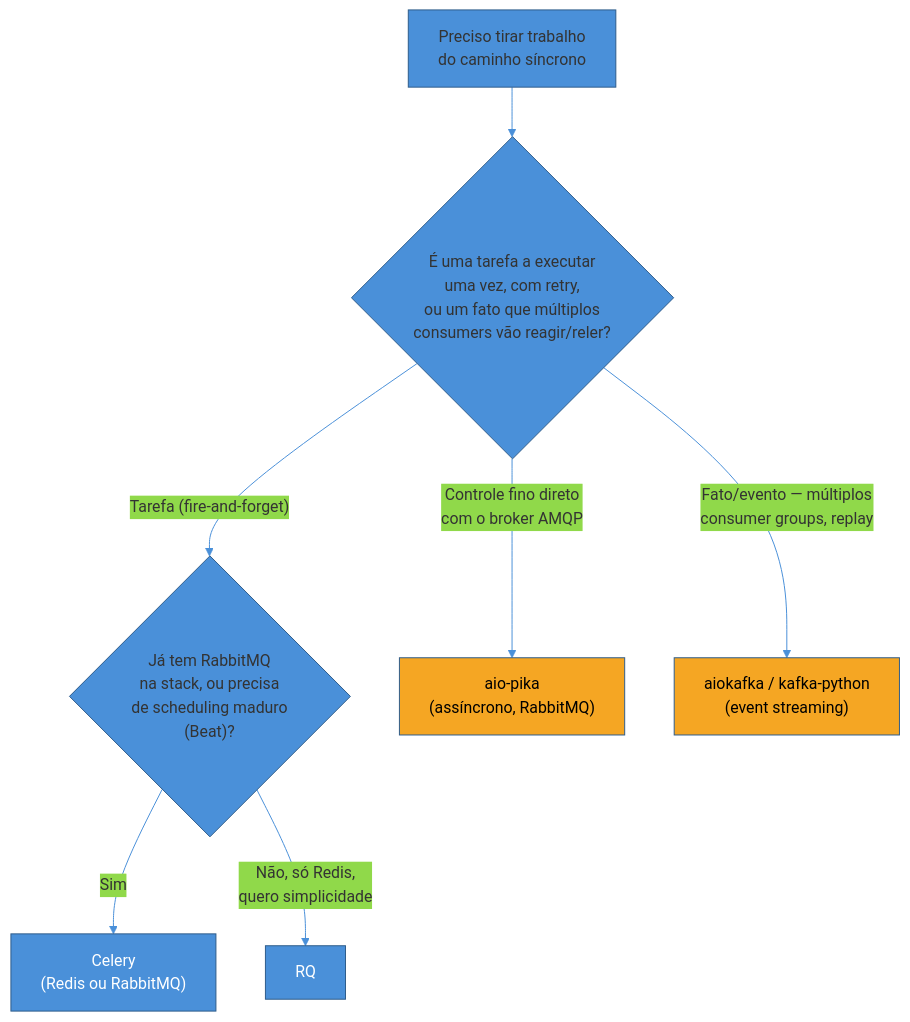
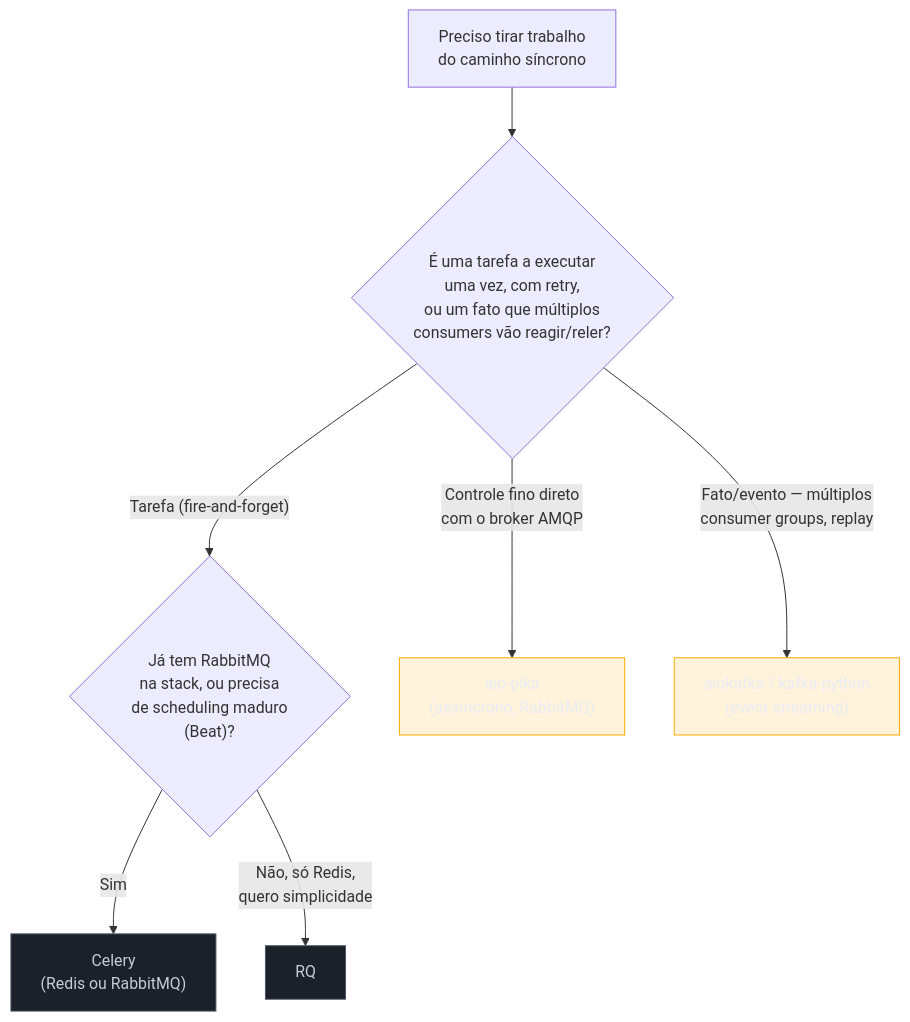
Before and after one commit to josenaldo/codex-technomanticus: the diagram in 03-Dominios/Tecnologia/Python/Mensageria/01 - Panorama — Celery vs RQ vs aio-pika vs aiokafka.md, drawn with Mermaid. The commit also changed 1181 other files, not shown here.

First line of the commit message:
fix(diagramas): paleta do sistema no lugar de cor cravada no markdown

````diff
--- a/03-Dominios/Tecnologia/Python/Mensageria/01 - Panorama — Celery vs RQ vs aio-pika vs aiokafka.md
+++ b/03-Dominios/Tecnologia/Python/Mensageria/01 - Panorama — Celery vs RQ vs aio-pika vs aiokafka.md
@@ -53,15 +53,16 @@
 ```mermaid
-%%{init: {"theme": "base", "themeVariables": {"primaryColor": "#4A90D9", "primaryBorderColor": "#2E5C8A", "lineColor": "#4A90D9"}}}%%
 flowchart TD
+    classDef neutro fill:#1B2029,stroke:#4E5666,color:#C6CCD8
+    classDef destaque fill:#FFAA0024,stroke:#FFAA00,color:#E9ECF2
     A["Preciso tirar trabalho<br/>do caminho síncrono"] --> B{"É uma tarefa a executar<br/>uma vez, com retry,<br/>ou um fato que múltiplos<br/>consumers vão reagir/reler?"}
     B -->|"Tarefa (fire-and-forget)"| C{"Já tem RabbitMQ<br/>na stack, ou precisa<br/>de scheduling maduro<br/>(Beat)?"}
     C -->|"Sim"| D["Celery<br/>(Redis ou RabbitMQ)"]
     C -->|"Não, só Redis,<br/>quero simplicidade"| E["RQ"]
     B -->|"Controle fino direto<br/>com o broker AMQP"| F["aio-pika<br/>(assíncrono, RabbitMQ)"]
     B -->|"Fato/evento — múltiplos<br/>consumer groups, replay"| G["aiokafka / kafka-python<br/>(event streaming)"]
 
-    style D fill:#4A90D9,color:#fff
-    style E fill:#4A90D9,color:#fff
-    style F fill:#F5A623,color:#000
-    style G fill:#F5A623,color:#000
+    class D neutro
+    class E neutro
+    class F destaque
+    class G destaque
 ```
````
